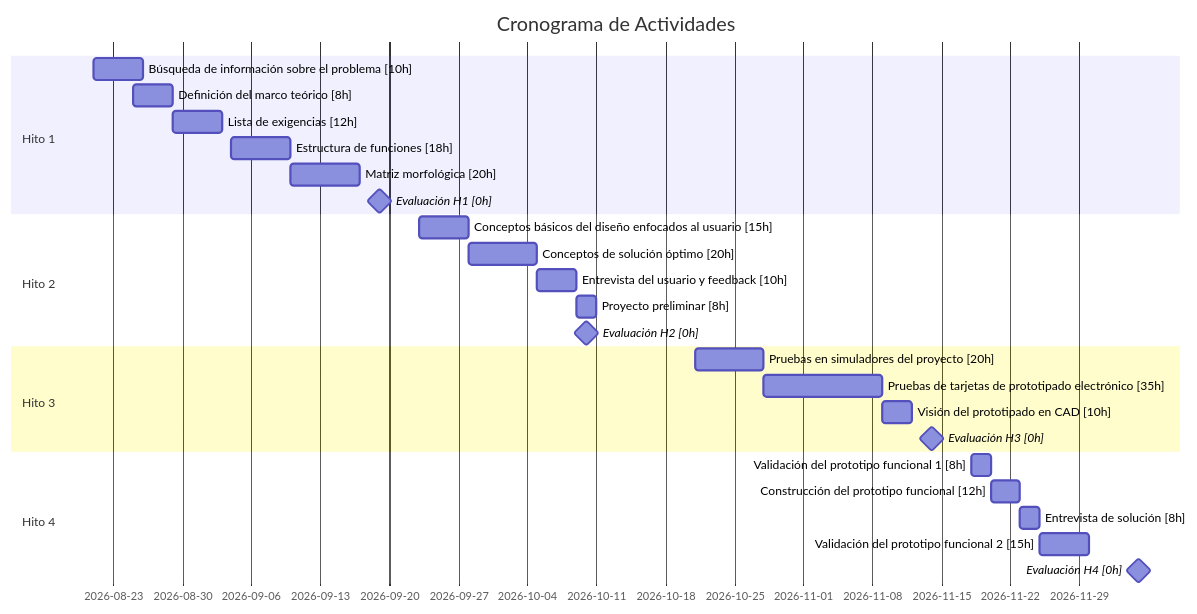
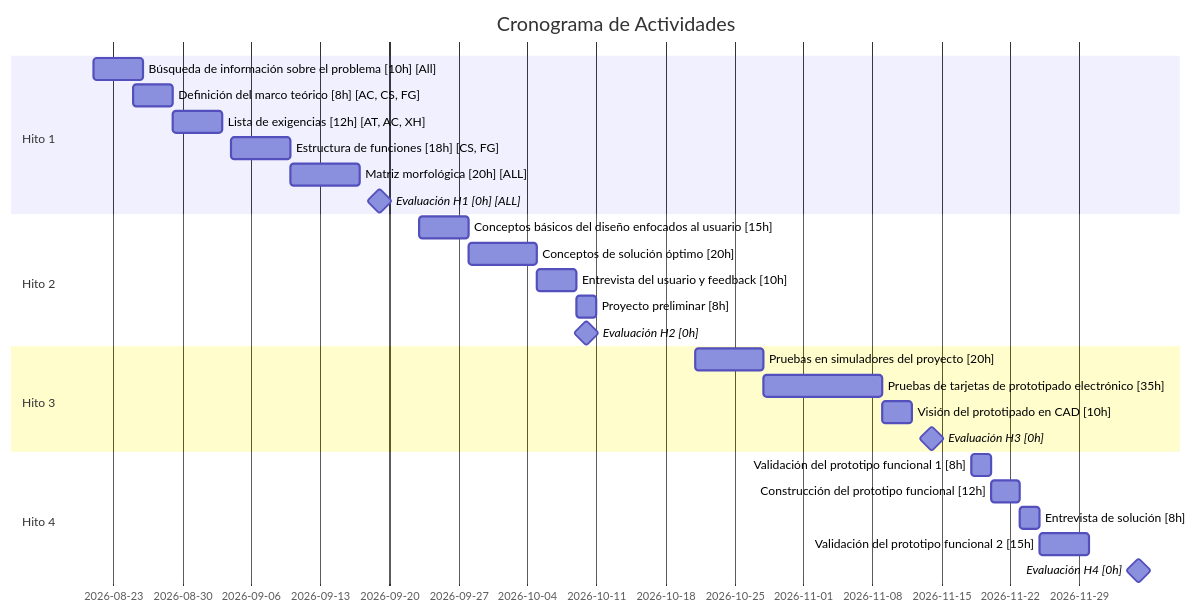
One commit to adriiit/PBDI_G1 changed the diagram in Hito 1/gantt_.md. Above: the diagram before and after it, drawn with Mermaid.

````diff
--- a/Hito 1/gantt_.md
+++ b/Hito 1/gantt_.md
@@ -2,33 +2,33 @@
 ```mermaid
 gantt
     dateFormat  YYYY-MM-DD
     title Cronograma de Actividades
 
     section Hito 1
-    Búsqueda de información sobre el problema [10h]      :a1, 2026-08-21, 5d
-    Definición del marco teórico [8h]                    :a2, 2026-08-25, 4d
-    Lista de exigencias [12h]                            :a3, 2026-08-29, 5d
-    Estructura de funciones [18h]                        :a4, 2026-09-4, 6d
-    Matriz morfológica [20h]                             :a5, after a4, 7d
-    Evaluación H1 [0h]                                   :milestone, h1, 2026-09-19, 0d
+    Búsqueda de información sobre el problema [10h] [All]      :a1, 2026-08-21, 5d
+    Definición del marco teórico [8h] [AC, CS, FG]                    :a2, 2026-08-25, 4d
+    Lista de exigencias [12h] [AT, AC, XH]                            :a3, 2026-08-29, 5d
+    Estructura de funciones [18h] [CS, FG]                        :a4, 2026-09-4, 6d
+    Matriz morfológica [20h] [ALL]                            :a5, after a4, 7d
+    Evaluación H1 [0h] [ALL]                                   :milestone, h1, 2026-09-19, 0d
 
     section Hito 2
     Conceptos básicos del diseño enfocados al usuario [15h] :b1, 2026-09-23, 5d
     Conceptos de solución óptimo [20h]                   :b2, after b1, 7d
     Entrevista del usuario y feedback [10h]              :b3, after b2, 4d
     Proyecto preliminar [8h]                             :b4, after b3, 2d
     Evaluación H2 [0h]                                   :milestone, h2, 2026-10-10, 0d
 
     section Hito 3
     Pruebas en simuladores del proyecto [20h]            :c1, 2026-10-21, 7d
     Pruebas de tarjetas de prototipado electrónico [35h] :c2, after c1, 12d
     Visión del prototipado en CAD [10h]                  :c3, after c2, 3d
     Evaluación H3 [0h]                                   :milestone, h3, 2026-11-14, 0d
 
     section Hito 4
     Validación del prototipo funcional 1 [8h]            :d1, 2026-11-18, 2d
     Construcción del prototipo funcional [12h]           :d2, after d1, 3d
     Entrevista de solución [8h]                          :d3, after d2, 2d
     Validación del prototipo funcional 2 [15h]           :d4, after d3, 5d
     Evaluación H4 [0h]                                   :milestone, h4, 2026-12-05, 0d
 ```
````
